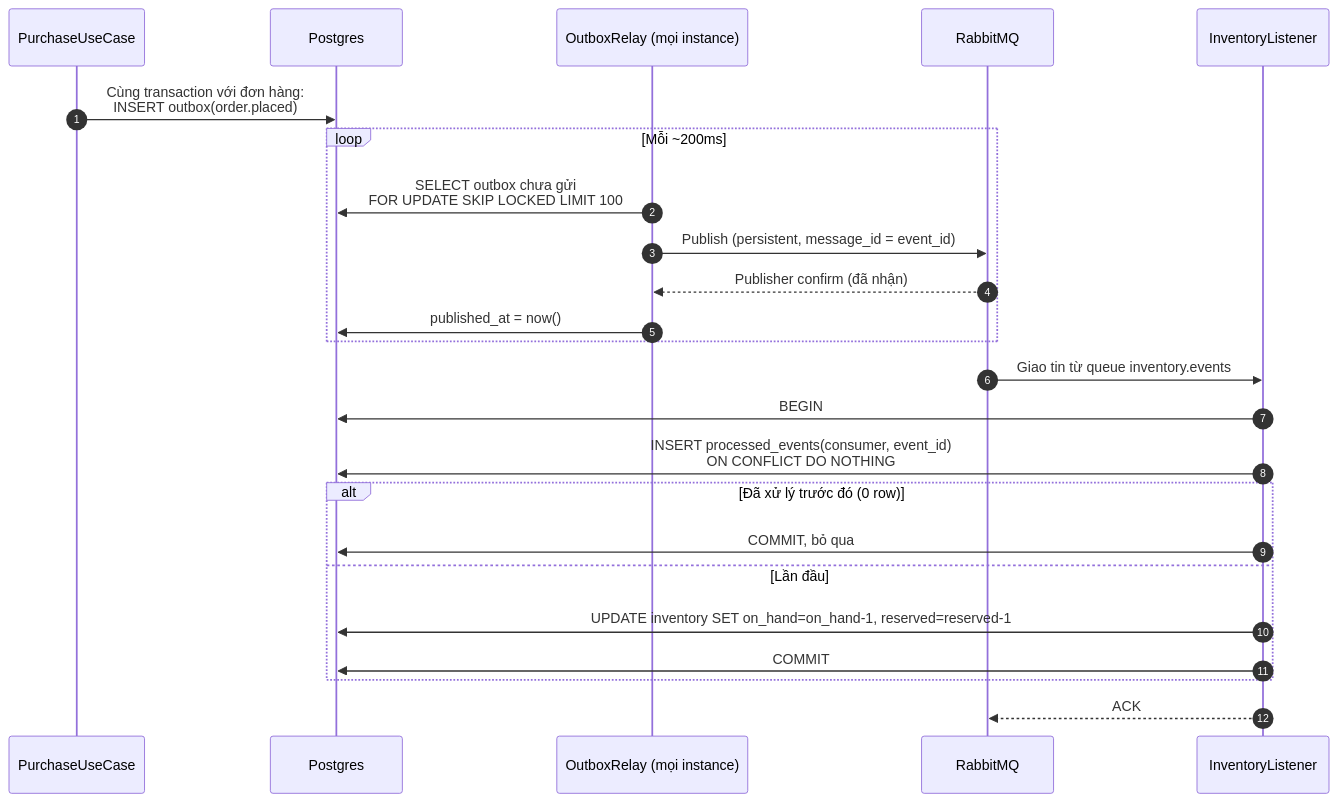
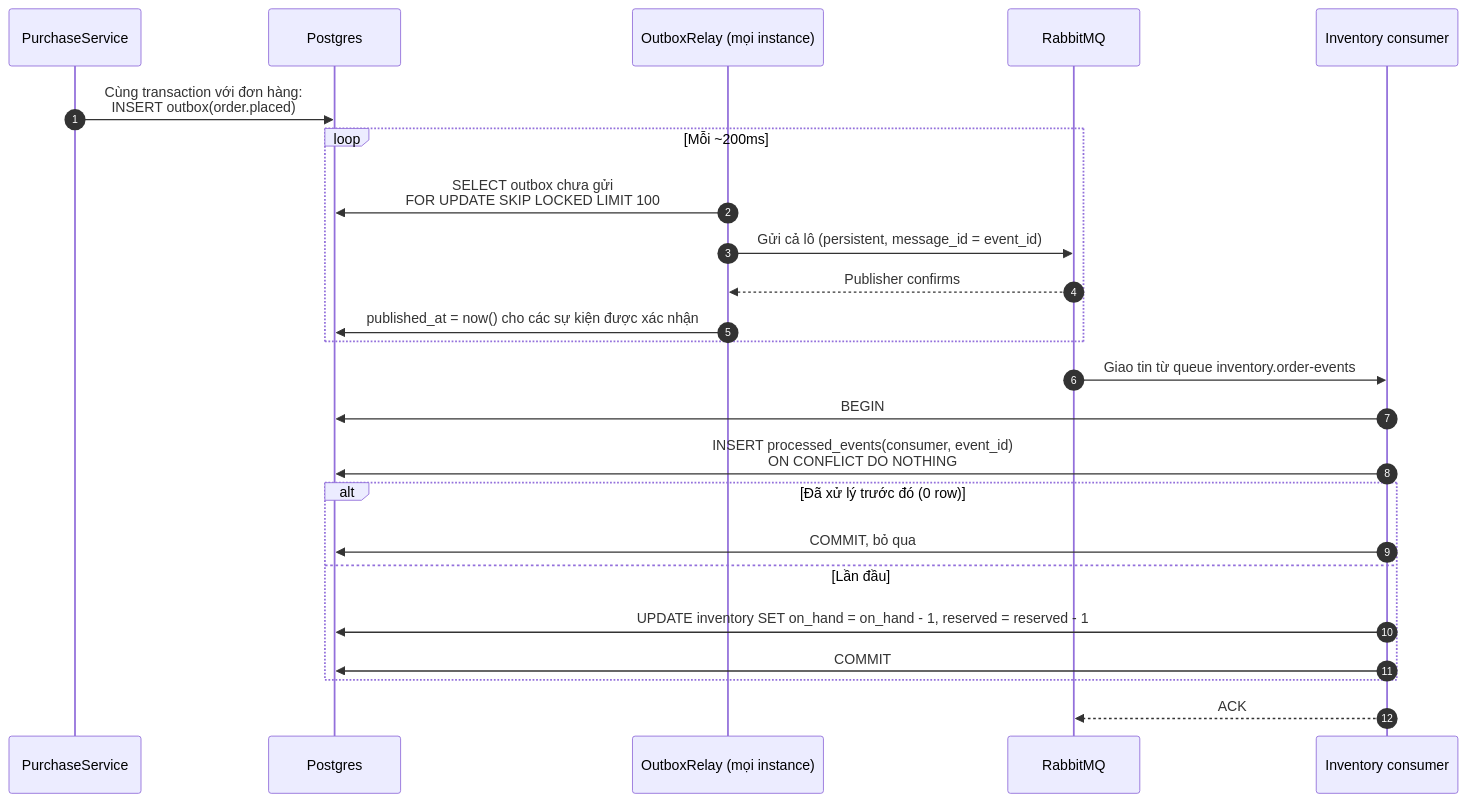
Before and after one commit to lebronjamesbe01-dev/flashsale-service: the tenth of 14 diagrams in docs/system-design.md, drawn with Mermaid. The commit also changed other lines of this file and 1 other file, not shown here.

````diff
--- a/docs/system-design.md
+++ b/docs/system-design.md
@@ -334,27 +347,27 @@
 ```mermaid
 sequenceDiagram
     autonumber
-    participant UC as PurchaseUseCase
+    participant UC as PurchaseService
     participant DB as Postgres
     participant RL as OutboxRelay (mọi instance)
     participant MQ as RabbitMQ
-    participant L as InventoryListener
+    participant L as Inventory consumer
 
     UC->>DB: Cùng transaction với đơn hàng:<br/>INSERT outbox(order.placed)
     loop Mỗi ~200ms
         RL->>DB: SELECT outbox chưa gửi<br/>FOR UPDATE SKIP LOCKED LIMIT 100
-        RL->>MQ: Publish (persistent, message_id = event_id)
-        MQ-->>RL: Publisher confirm (đã nhận)
-        RL->>DB: published_at = now()
+        RL->>MQ: Gửi cả lô (persistent, message_id = event_id)
+        MQ-->>RL: Publisher confirms
+        RL->>DB: published_at = now() cho các sự kiện được xác nhận
     end
-    MQ->>L: Giao tin từ queue inventory.events
+    MQ->>L: Giao tin từ queue inventory.order-events
     L->>DB: BEGIN
     L->>DB: INSERT processed_events(consumer, event_id)<br/>ON CONFLICT DO NOTHING
     alt Đã xử lý trước đó (0 row)
         L->>DB: COMMIT, bỏ qua
     else Lần đầu
-        L->>DB: UPDATE inventory SET on_hand=on_hand-1, reserved=reserved-1
+        L->>DB: UPDATE inventory SET on_hand = on_hand - 1, reserved = reserved - 1
         L->>DB: COMMIT
     end
     L-->>MQ: ACK
 ```
````
